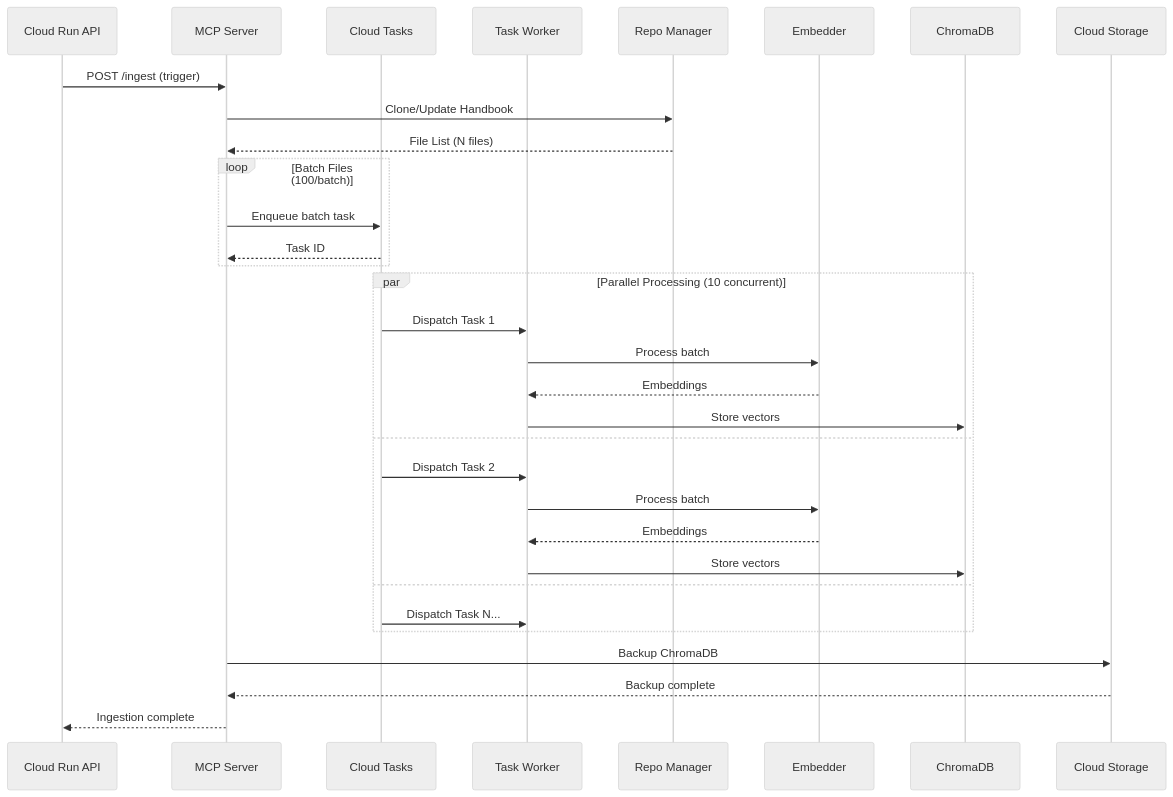
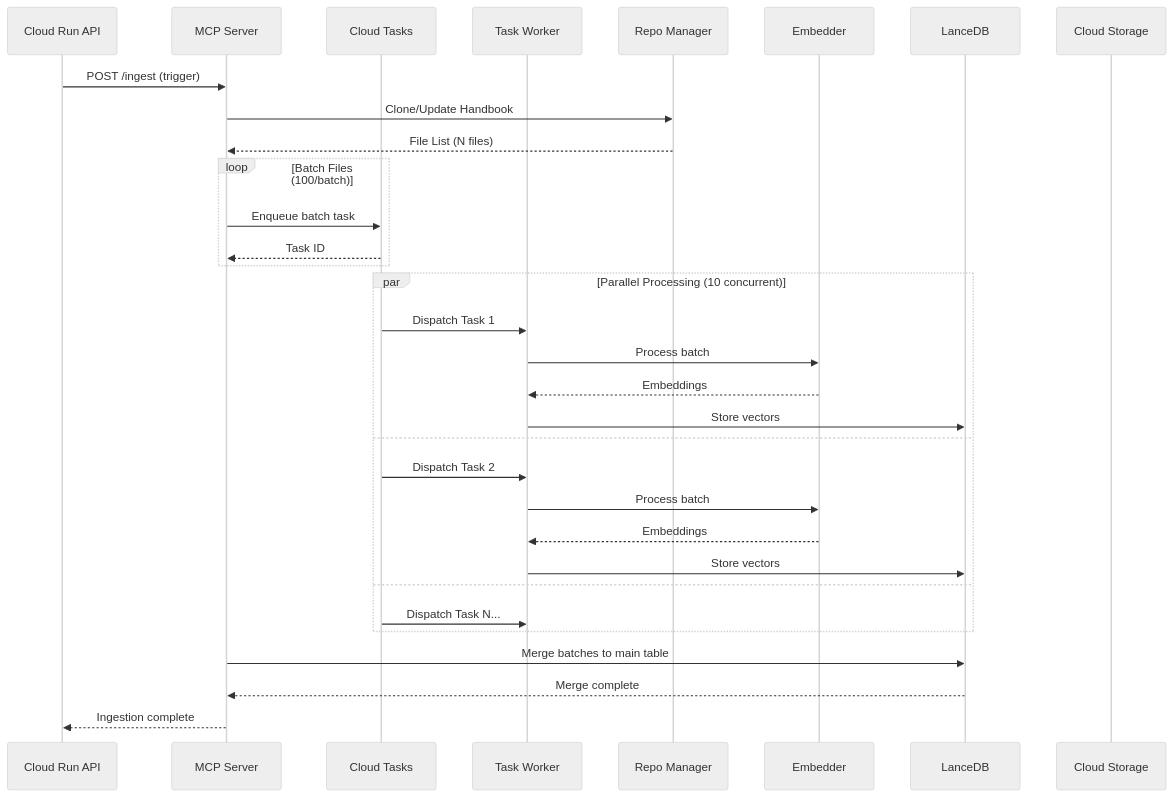
The fifth of 5 diagrams in README.md (TheWinterShadow/Thoth), drawn with Mermaid (neutral theme) before and after one commit. The commit also changed other lines of this file and 27 other files, not shown here.

````diff
--- a/README.md
+++ b/README.md
@@ -394,38 +382,38 @@
 ```mermaid
 sequenceDiagram
     participant API as Cloud Run API
     participant MCP as MCP Server
     participant CT as Cloud Tasks
     participant Worker as Task Worker
     participant Repo as Repo Manager
     participant Emb as Embedder
-    participant DB as ChromaDB
+    participant DB as LanceDB
     participant GCS as Cloud Storage
 
     API->>MCP: POST /ingest (trigger)
     MCP->>Repo: Clone/Update Handbook
     Repo-->>MCP: File List (N files)
 
     loop Batch Files (100/batch)
         MCP->>CT: Enqueue batch task
         CT-->>MCP: Task ID
     end
 
     par Parallel Processing (10 concurrent)
         CT->>Worker: Dispatch Task 1
         Worker->>Emb: Process batch
         Emb-->>Worker: Embeddings
         Worker->>DB: Store vectors
     and
         CT->>Worker: Dispatch Task 2
         Worker->>Emb: Process batch
         Emb-->>Worker: Embeddings
         Worker->>DB: Store vectors
     and
         CT->>Worker: Dispatch Task N...
     end
 
-    MCP->>GCS: Backup ChromaDB
-    GCS-->>MCP: Backup complete
+    MCP->>DB: Merge batches to main table
+    DB-->>MCP: Merge complete
     MCP-->>API: Ingestion complete
 ```
````
